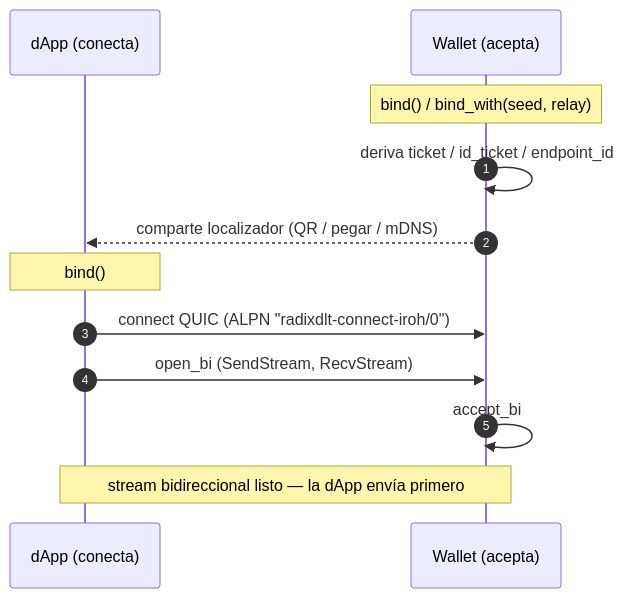
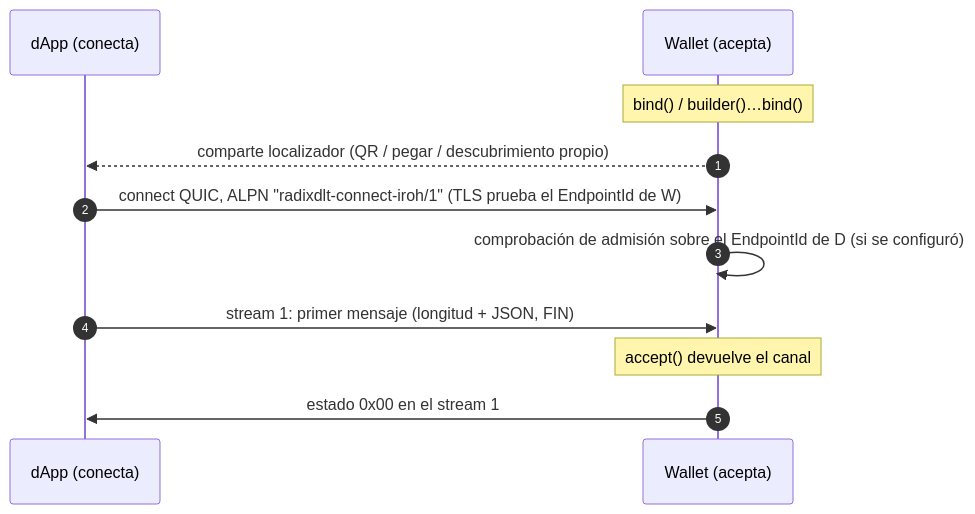
One commit to genkipool/radixdlt-rust-sdk changed the first of 4 diagrams in crates/connect-iroh/docs/PROTOCOL.es.md. Above: the diagram before and after it, drawn with Mermaid. The commit also changed other lines of this file and 13 other files, not shown here.

````diff
--- a/crates/connect-iroh/docs/PROTOCOL.es.md
+++ b/crates/connect-iroh/docs/PROTOCOL.es.md
@@ -158,16 +214,14 @@
 ```mermaid
 sequenceDiagram
     autonumber
     participant D as dApp (conecta)
     participant W as Wallet (acepta)
 
-    Note over W: bind() / bind_with(seed, relay)
-    W->>W: deriva ticket / id_ticket / endpoint_id
-    W-->>D: comparte localizador (QR / pegar / mDNS)
-
-    Note over D: bind()
-    D->>W: connect QUIC (ALPN "radixdlt-connect-iroh/0")
-    D->>W: open_bi  (SendStream, RecvStream)
-    W->>W: accept_bi
-    Note over D,W: stream bidireccional listo — la dApp envía primero
+    Note over W: bind() / builder()…bind()
+    W-->>D: comparte localizador (QR / pegar / descubrimiento propio)
+    D->>W: connect QUIC, ALPN "radixdlt-connect-iroh/1" (TLS prueba el EndpointId de W)
+    W->>W: comprobación de admisión sobre el EndpointId de D (si se configuró)
+    D->>W: stream 1: primer mensaje (longitud + JSON, FIN)
+    Note over W: accept() devuelve el canal
+    W->>D: estado 0x00 en el stream 1
 ```
````
